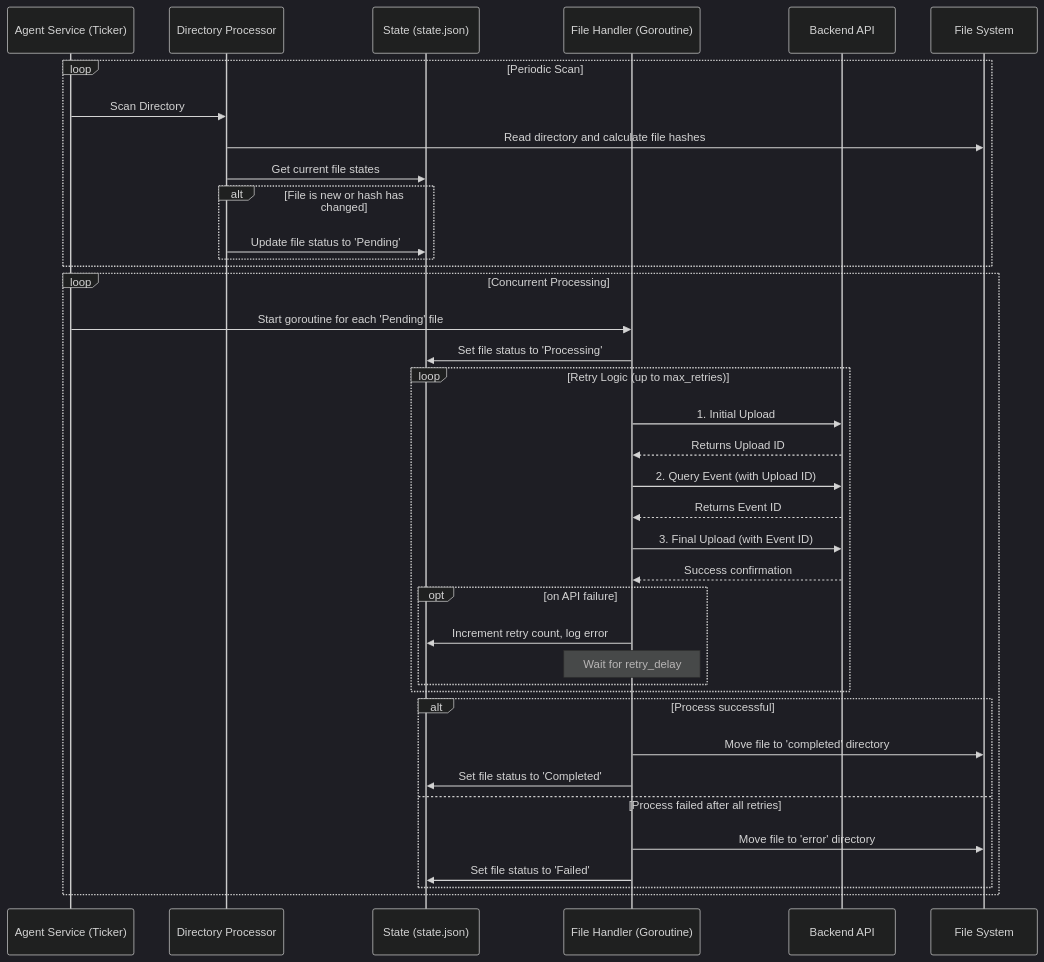
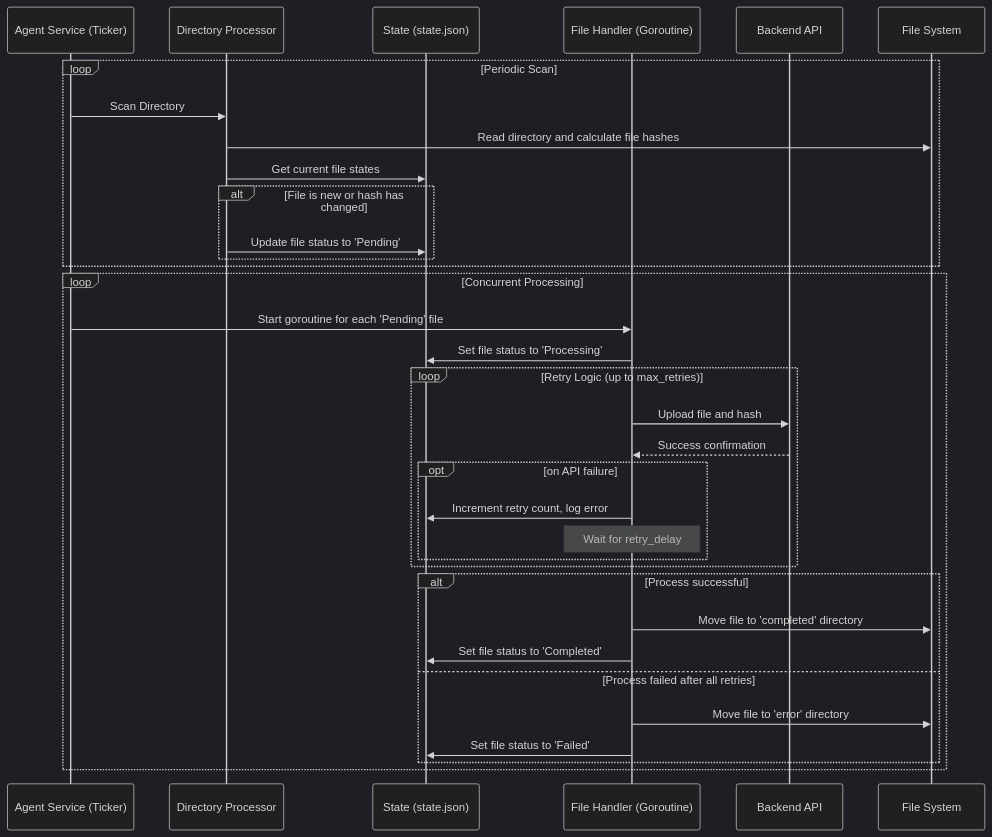
Before and after one commit to mickyys/qtimer: the diagram in apps/agent/README.md, drawn with Mermaid (dark theme). The commit also changed other lines of this file and 5 other files, not shown here.

````diff
--- a/apps/agent/README.md
+++ b/apps/agent/README.md
@@ -23,44 +20,40 @@
 ```mermaid
 sequenceDiagram
     participant Agent as Agent Service (Ticker)
     participant Processor as Directory Processor
     participant State as State (state.json)
     participant FileHandler as File Handler (Goroutine)
     participant API as Backend API
     participant FileSystem as File System
 
     loop Periodic Scan
         Agent->>Processor: Scan Directory
         Processor->>FileSystem: Read directory and calculate file hashes
         Processor->>State: Get current file states
         alt File is new or hash has changed
             Processor->>State: Update file status to 'Pending'
         end
     end
 
     loop Concurrent Processing
         Agent->>FileHandler: Start goroutine for each 'Pending' file
         FileHandler->>State: Set file status to 'Processing'
         loop Retry Logic (up to max_retries)
-            FileHandler->>API: 1. Initial Upload
-            API-->>FileHandler: Returns Upload ID
-            FileHandler->>API: 2. Query Event (with Upload ID)
-            API-->>FileHandler: Returns Event ID
-            FileHandler->>API: 3. Final Upload (with Event ID)
+            FileHandler->>API: Upload file and hash
             API-->>FileHandler: Success confirmation
 
             opt on API failure
                 FileHandler->>State: Increment retry count, log error
                 Note over FileHandler: Wait for retry_delay
             end
         end
 
         alt Process successful
             FileHandler->>FileSystem: Move file to 'completed' directory
             FileHandler->>State: Set file status to 'Completed'
         else Process failed after all retries
             FileHandler->>FileSystem: Move file to 'error' directory
             FileHandler->>State: Set file status to 'Failed'
         end
     end
 ```
````
